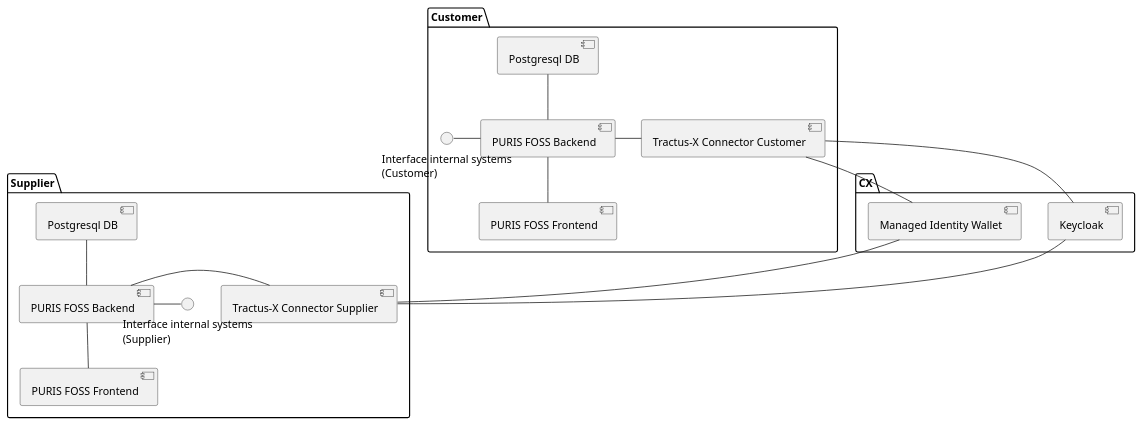
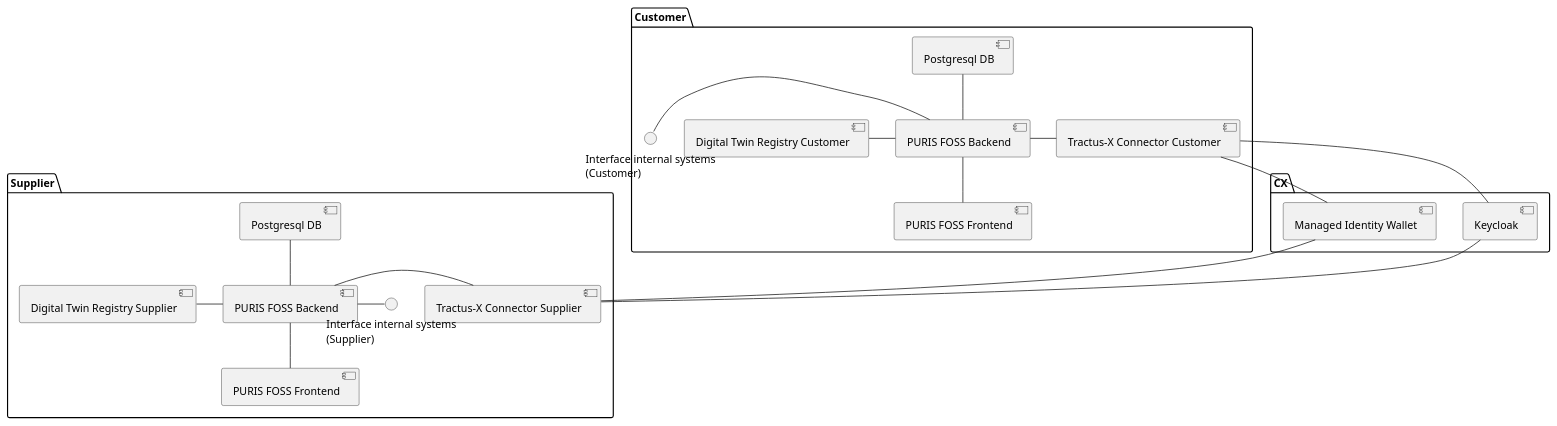
The diagram in docs/arc42/puml/07-deployment.puml (eclipse-tractusx/puris), drawn with PlantUML before and after one commit. The commit also changed 11 other files, not shown here.

```diff
--- a/docs/arc42/puml/07-deployment.puml
+++ b/docs/arc42/puml/07-deployment.puml
@@ -1,48 +1,52 @@
 @startuml
 
 
 package "Customer"{
 
   [Tractus-X Connector Customer] as edc_cus
+  [Digital Twin Registry Customer] as dtr_cus
 
   [Postgresql DB] as postgres_cus
   [PURIS FOSS Backend] as puris_backend_cus
   [PURIS FOSS Frontend] as puris_frontend_cus
 
+  dtr_cus - puris_backend_cus
   puris_backend_cus - edc_cus
   postgres_cus -- puris_backend_cus
   "Interface internal systems\n(Customer)" - puris_backend_cus
   puris_backend_cus -- puris_frontend_cus
 
 }
 
 package "CX" {
 
   [Keycloak] as keycloak
   [Managed Identity Wallet] as miw
 
 }
 
 
 package "Supplier"{
 
   [Tractus-X Connector Supplier] as edc_sup
+  [Digital Twin Registry Supplier] as dtr_sup
 
   [Postgresql DB] as postgres_sup
   [PURIS FOSS Backend] as puris_backend_sup
   [PURIS FOSS Frontend] as puris_frontend_sup
 
-  edc_sup - puris_backend_sup
+  dtr_sup - puris_backend_sup
+  puris_backend_sup - edc_sup
   postgres_sup -- puris_backend_sup
   puris_backend_sup - "Interface internal systems\n(Supplier)"
   puris_backend_sup -- puris_frontend_sup
 
 }
 
 edc_cus -- keycloak
 edc_cus -- miw
 
 keycloak -- edc_sup
 miw -- edc_sup
 
 @enduml
```
